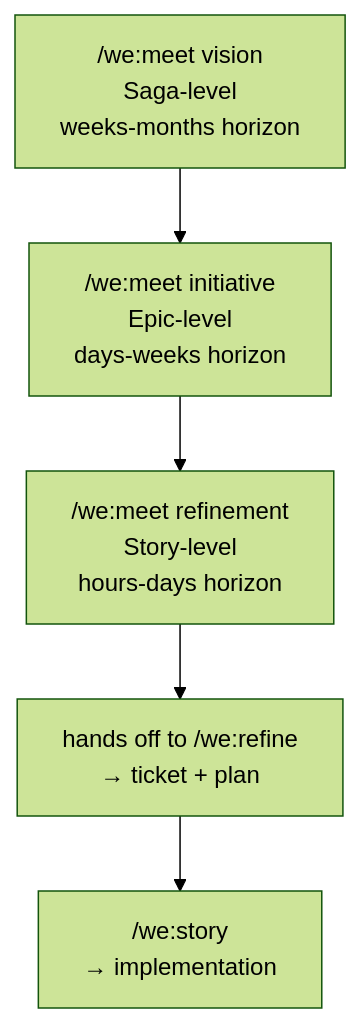
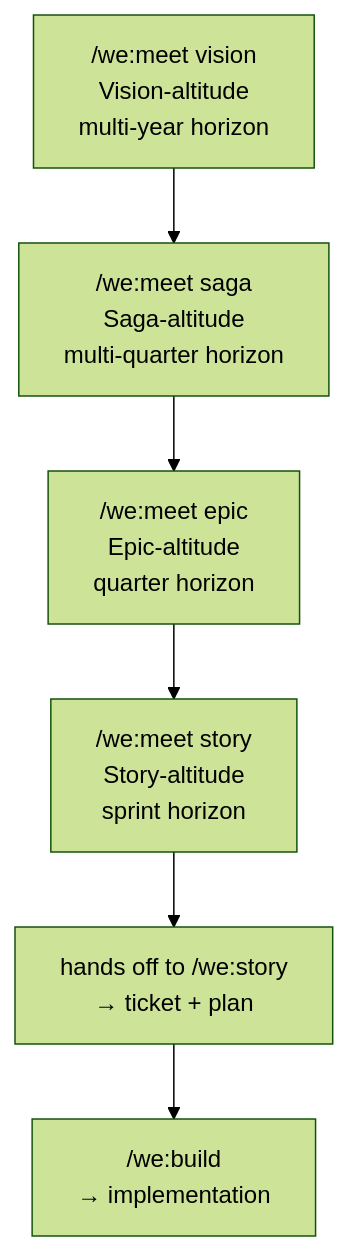
The diagram in docs/concepts/meetings.md (weside-ai/claude-code-plugin), drawn with Mermaid (forest theme) before and after one commit. The commit also changed other lines of this file and 29 other files, not shown here.

````diff
--- a/docs/concepts/meetings.md
+++ b/docs/concepts/meetings.md
@@ -13,7 +13,8 @@
 ```mermaid
 flowchart TB
-    V["/we:meet vision<br/>Saga-level<br/>weeks-months horizon"] --> I["/we:meet initiative<br/>Epic-level<br/>days-weeks horizon"]
-    I --> R["/we:meet refinement<br/>Story-level<br/>hours-days horizon"]
-    R --> Refine[hands off to /we:refine<br/>→ ticket + plan]
-    Refine --> Story["/we:story<br/>→ implementation"]
+    V["/we:meet vision<br/>Vision-altitude<br/>multi-year horizon"] --> S["/we:meet saga<br/>Saga-altitude<br/>multi-quarter horizon"]
+    S --> E["/we:meet epic<br/>Epic-altitude<br/>quarter horizon"]
+    E --> R["/we:meet story<br/>Story-altitude<br/>sprint horizon"]
+    R --> Solo[hands off to /we:story<br/>→ ticket + plan]
+    Solo --> Build["/we:build<br/>→ implementation"]
 ```
````
